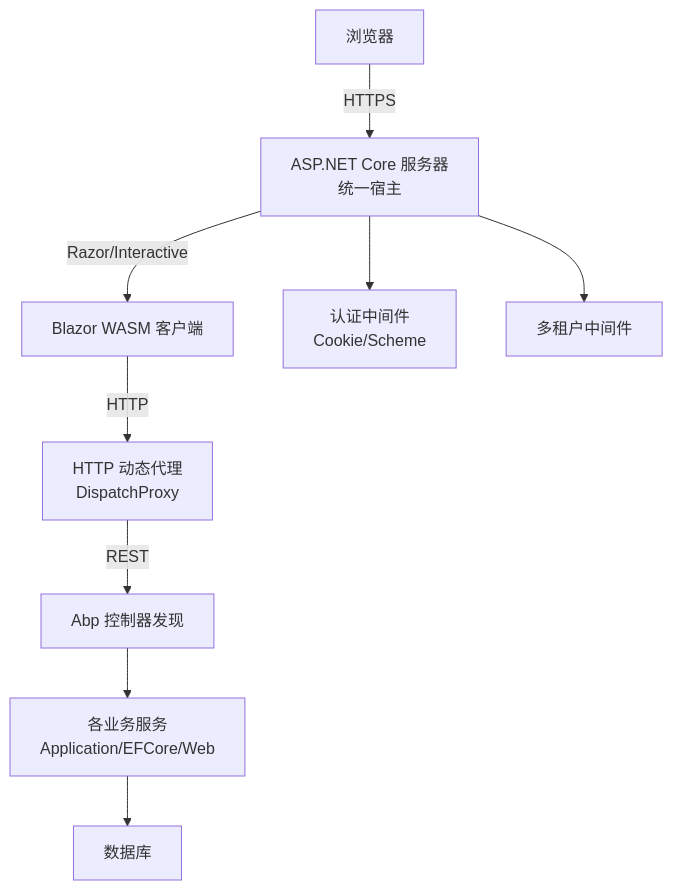
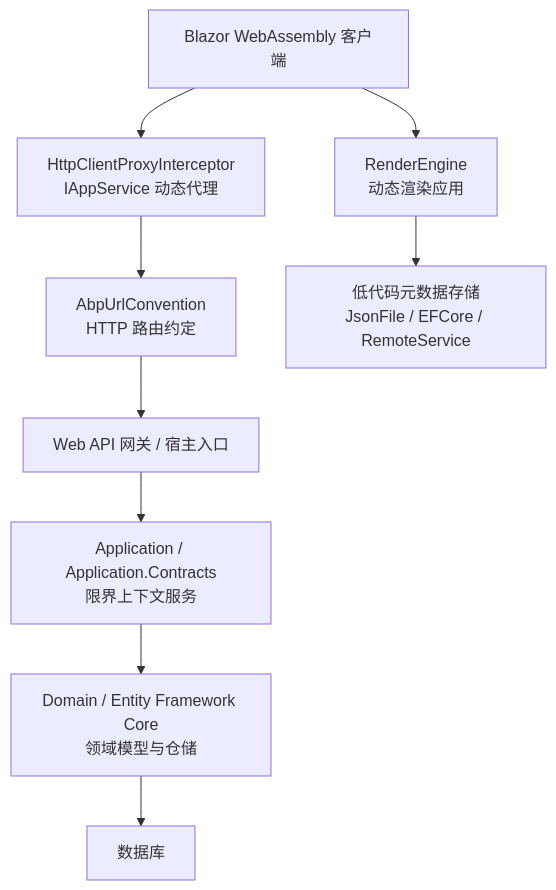
The second of 9 diagrams in .qoder/repowiki/zh/content/架构设计/架构设计.md (openlowcodelab/lowcode), drawn with Mermaid before and after one commit. The commit also changed other lines of this file and 293 other files, not shown here.

````diff
--- a/.qoder/repowiki/zh/content/架构设计/架构设计.md
+++ b/.qoder/repowiki/zh/content/架构设计/架构设计.md
@@ -105,20 +125,22 @@
 ```mermaid
 graph TB
-Browser["浏览器"]
-Server["ASP.NET Core 服务器<br/>统一宿主"]
-WASM["Blazor WASM 客户端"]
-Auth["认证中间件<br/>Cookie/Scheme"]
-MT["多租户中间件"]
-MVC["Abp 控制器发现"]
-Proxy["HTTP 动态代理<br/>DispatchProxy"]
-Services["各业务服务<br/>Application/EFCore/Web"]
-DB["数据库"]
-Browser --> |HTTPS| Server
-Server --> |Razor/Interactive| WASM
-WASM --> |HTTP| Proxy
-Proxy --> |REST| MVC
-MVC --> Services
-Server --> Auth
-Server --> MT
-Services --> DB
+    Client["Blazor WebAssembly 客户端"]
+    Proxy["HttpClientProxyInterceptor<br/>IAppService 动态代理"]
+    Convention["AbpUrlConvention<br/>HTTP 路由约定"]
+    ApiGateway["Web API 网关 / 宿主入口"]
+    AppLayer["Application / Application.Contracts<br/>限界上下文服务"]
+    Domain["Domain / Entity Framework Core<br/>领域模型与仓储"]
+    Database["数据库"]
+    MetaStore["低代码元数据存储<br/>JsonFile / EFCore / RemoteService"]
+    Renderer["RenderEngine<br/>动态渲染应用"]
+
+    Client --> Proxy
+    Proxy --> Convention
+    Convention --> ApiGateway
+    ApiGateway --> AppLayer
+    AppLayer --> Domain
+    Domain --> Database
+
+    Client --> Renderer
+    Renderer --> MetaStore
 ```
````
